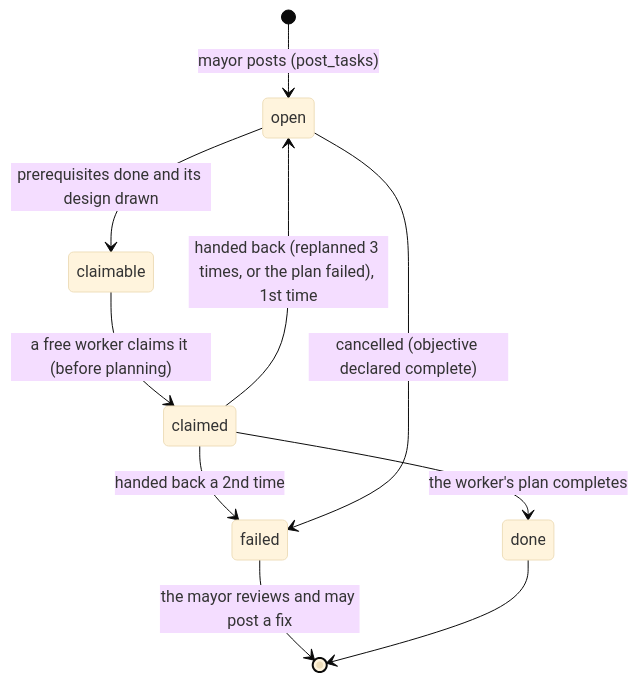
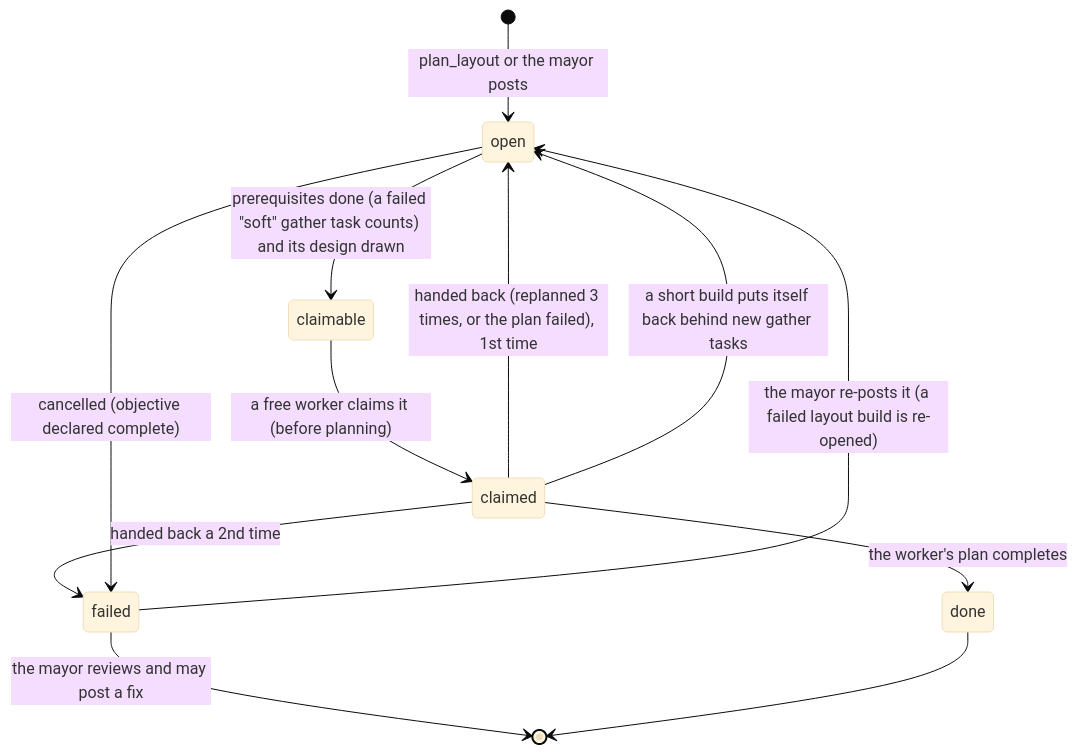
One commit to delphium226/MCAISandbox changed the sixth of 12 diagrams in docs/ARCHITECTURE.md. Above: the diagram before and after it, drawn with Mermaid (base theme). The commit also changed other lines of this file and 1 other file, not shown here.

First line of the commit message:
README and architecture: how the agents work, in detail

````diff
--- a/docs/ARCHITECTURE.md
+++ b/docs/ARCHITECTURE.md
@@ -249,12 +268,14 @@
 ```mermaid
 stateDiagram-v2
-  [*] --> open: mayor posts (post_tasks)
-  open --> claimable: prerequisites done and its design drawn
+  [*] --> open: plan_layout or the mayor posts
+  open --> claimable: prerequisites done (a failed "soft" gather task counts) and its design drawn
   claimable --> claimed: a free worker claims it (before planning)
   claimed --> done: the worker's plan completes
   claimed --> open: handed back (replanned 3 times, or the plan failed), 1st time
   claimed --> failed: handed back a 2nd time
   open --> failed: cancelled (objective declared complete)
+  failed --> open: the mayor re-posts it (a failed layout build is re-opened)
   failed --> [*]: the mayor reviews and may post a fix
+  claimed --> open: a short build puts itself back behind new gather tasks
   done --> [*]
 ```
````
